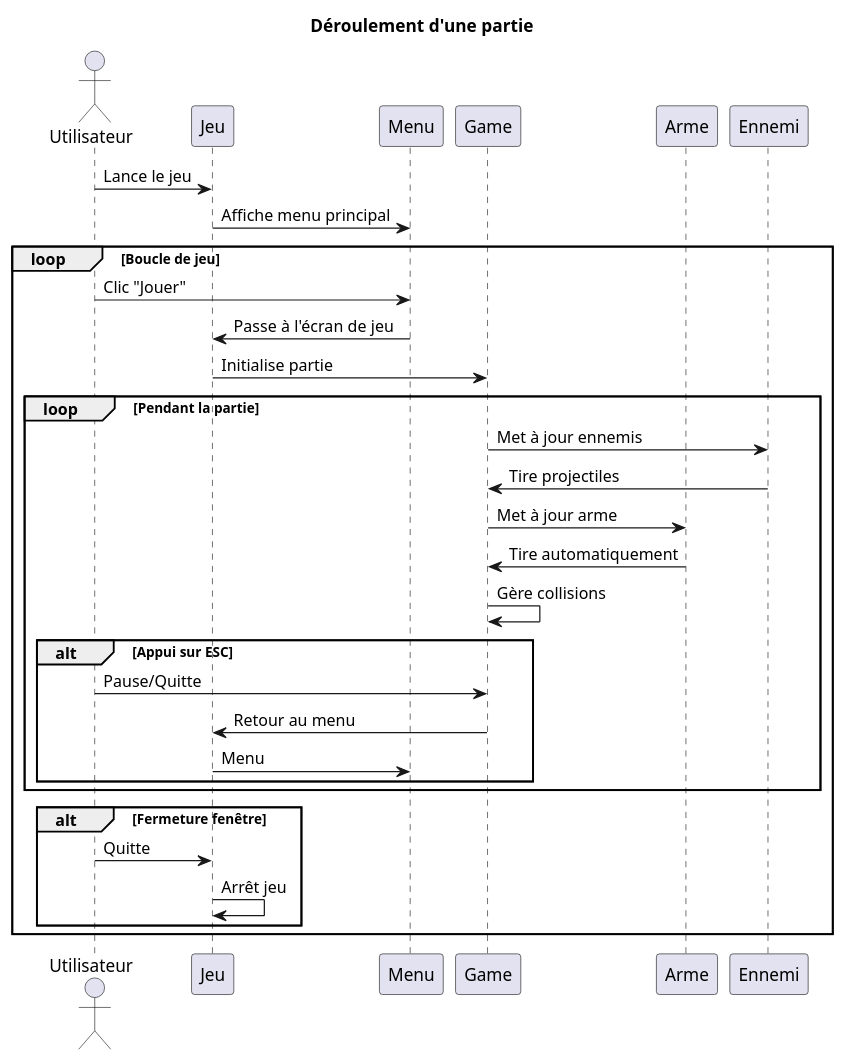
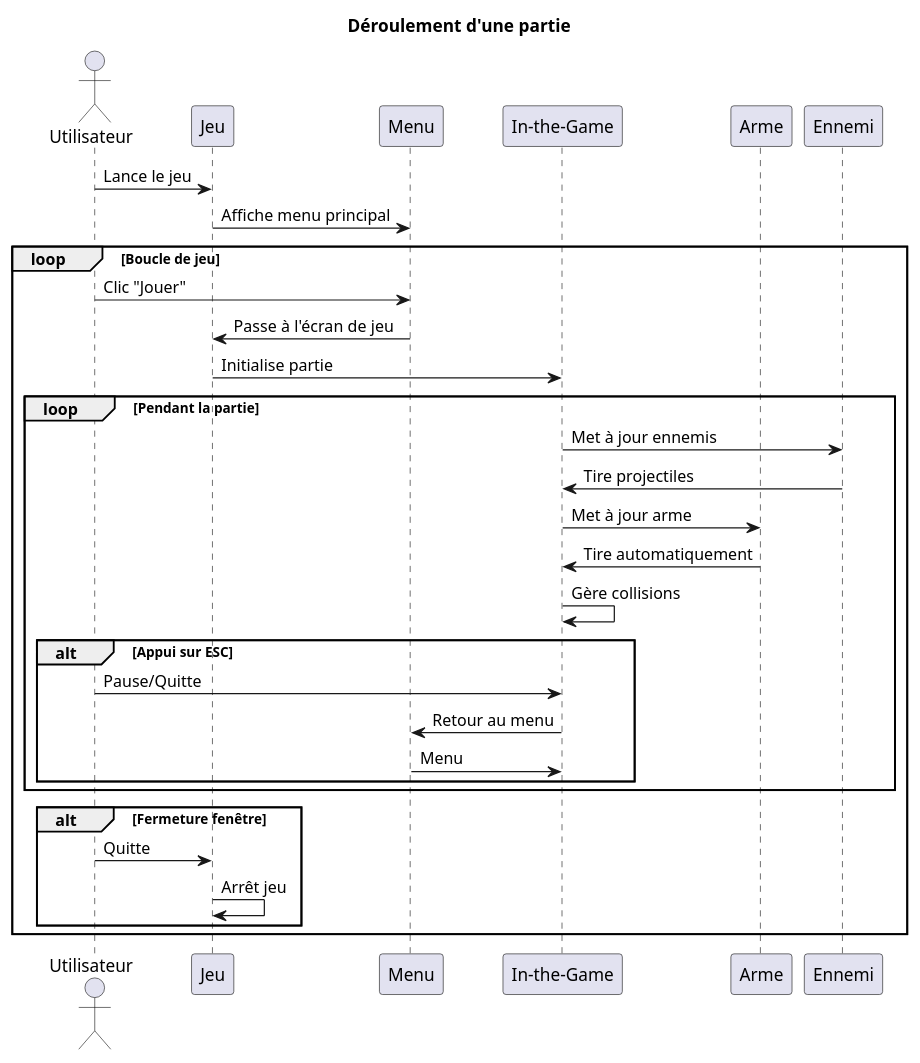
One commit to AzEnTa1/the-cursed-tower changed the diagram in Déroulement d'une partie de Tour Maudite.plantuml. Above: the diagram before and after it, drawn with PlantUML.

```diff
--- a/Déroulement d'une partie de Tour Maudite.plantuml
+++ b/Déroulement d'une partie de Tour Maudite.plantuml
@@ -1,38 +1,38 @@
 @startuml SequenceDiagram
 title Déroulement d'une partie
 
-actor "Utilisateur" as J
-participant "Jeu" as G
+actor "Utilisateur" as U
+participant "Jeu" as J
 participant "Menu" as M
-participant "Game" as JEU
+participant "In-the-Game" as ING
 participant "Arme" as A
 participant "Ennemi" as E
 
-J -> G : Lance le jeu
-G -> M : Affiche menu principal
+U -> J : Lance le jeu
+J -> M : Affiche menu principal
 
 loop Boucle de jeu
-    J -> M : Clic "Jouer"
-    M -> G : Passe à l'écran de jeu
-    G -> JEU : Initialise partie
+    U -> M : Clic "Jouer"
+    M -> J : Passe à l'écran de jeu
+    J -> ING : Initialise partie
     
     loop Pendant la partie
-        JEU -> E : Met à jour ennemis
-        E -> JEU : Tire projectiles
-        JEU -> A : Met à jour arme
-        A -> JEU : Tire automatiquement
-        JEU -> JEU : Gère collisions
+        ING -> E : Met à jour ennemis
+        E -> ING : Tire projectiles
+        ING -> A : Met à jour arme
+        A -> ING : Tire automatiquement
+        ING -> ING : Gère collisions
         
         alt Appui sur ESC
-            J -> JEU : Pause/Quitte
-            JEU -> G : Retour au menu
-            G -> M : Menu
+            U -> ING : Pause/Quitte
+            ING -> M : Retour au menu
+            M -> ING : Menu
         end
     end
     
     alt Fermeture fenêtre
-        J -> G : Quitte
-        G -> G : Arrêt jeu
+        U -> J : Quitte
+        J -> J : Arrêt jeu
     end
 end
 @enduml
```
